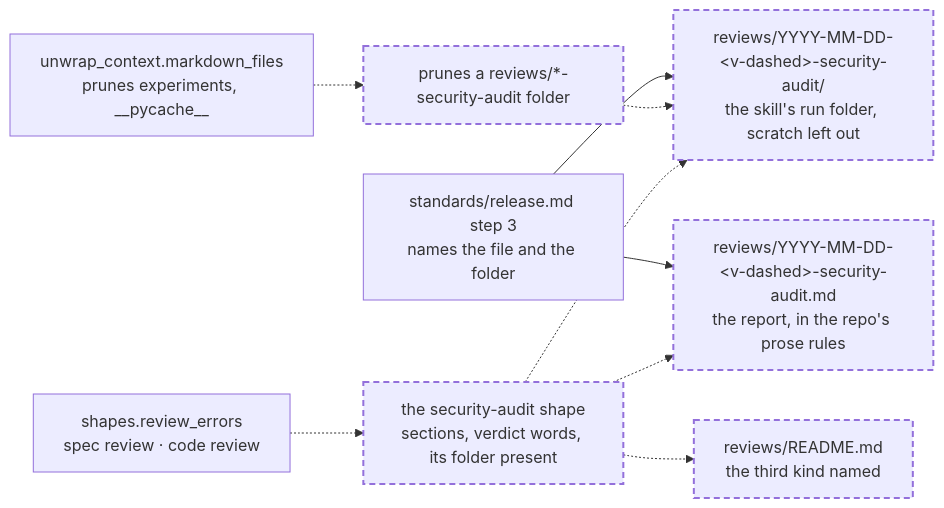
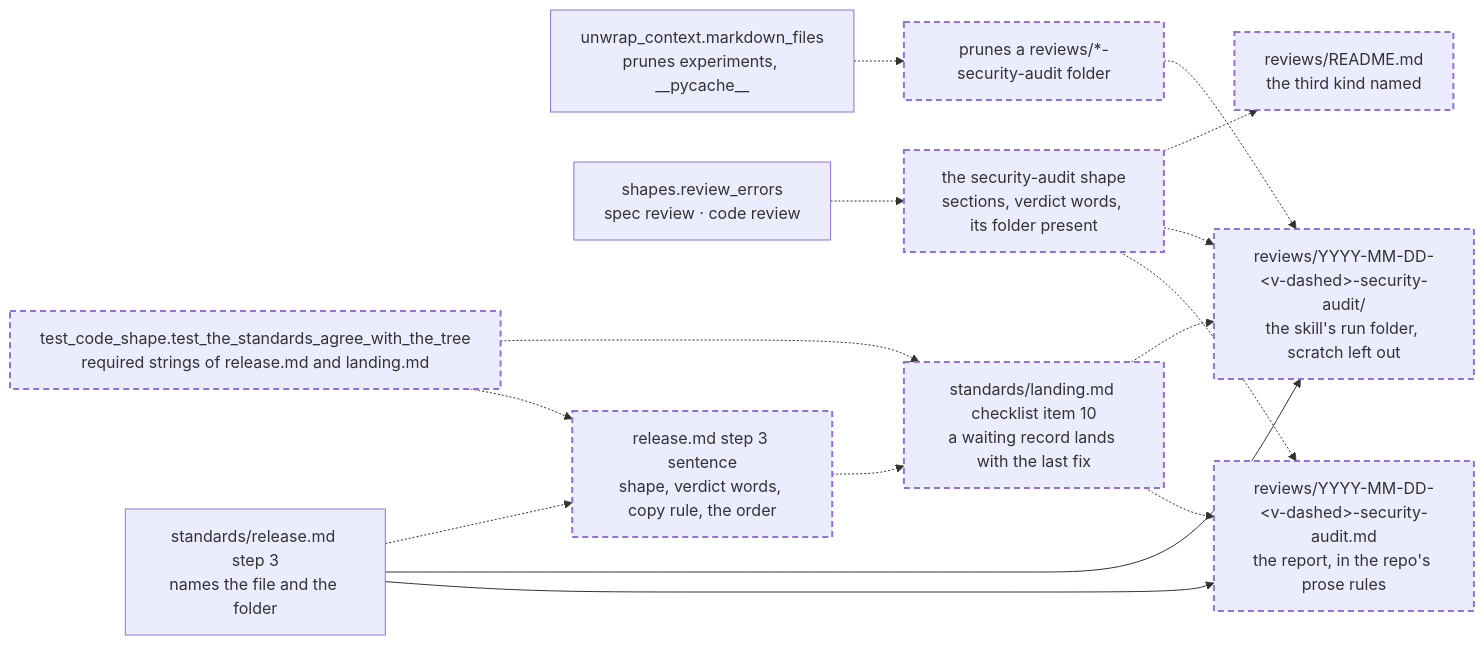
Before and after one commit to ClayGendron/vfs: the diagram in context/specifications/active/2026-11-07-the-release-audit-is-a-review.md, drawn with Mermaid. The commit also changed other lines of this file and 19 other files, not shown here.

````diff
--- a/context/specifications/active/2026-11-07-the-release-audit-is-a-review.md
+++ b/context/specifications/active/2026-11-07-the-release-audit-is-a-review.md
@@ -19,21 +25,30 @@
 ```mermaid
 flowchart LR
   classDef planned stroke-dasharray: 6 4,stroke-width:2px;
   REL["standards/release.md step 3<br/>names the file and the folder"]
   FILE["reviews/YYYY-MM-DD-&lt;v-dashed&gt;-security-audit.md<br/>the report, in the repo's prose rules"]
   RUN["reviews/YYYY-MM-DD-&lt;v-dashed&gt;-security-audit/<br/>the skill's run folder, scratch left out"]
   WALK["unwrap_context.markdown_files<br/>prunes experiments, __pycache__"]
   PRUNE["prunes a reviews/*-security-audit folder"]
   REV["shapes.review_errors<br/>spec review · code review"]
   AUD["the security-audit shape<br/>sections, verdict words, its folder present"]
   REL --> FILE
   REL --> RUN
   WALK -.-> PRUNE
   PRUNE -.-> RUN
   REV -.-> AUD
   AUD -.-> FILE
   AUD -.-> RUN
   RDM["reviews/README.md<br/>the third kind named"]
   AUD -.-> RDM
-  class FILE,RUN,PRUNE,AUD,RDM planned
+  ORD["release.md step 3 sentence<br/>shape, verdict words, copy rule, the order"]
+  LAND["standards/landing.md checklist item 10<br/>a waiting record lands with the last fix"]
+  PIN["test_code_shape.test_the_standards_agree_with_the_tree<br/>required strings of release.md and landing.md"]
+  REL -.-> ORD
+  ORD -.-> LAND
+  LAND -.-> FILE
+  LAND -.-> RUN
+  PIN -.-> ORD
+  PIN -.-> LAND
+  class FILE,RUN,PRUNE,AUD,RDM,ORD,LAND,PIN planned
 ```
````
